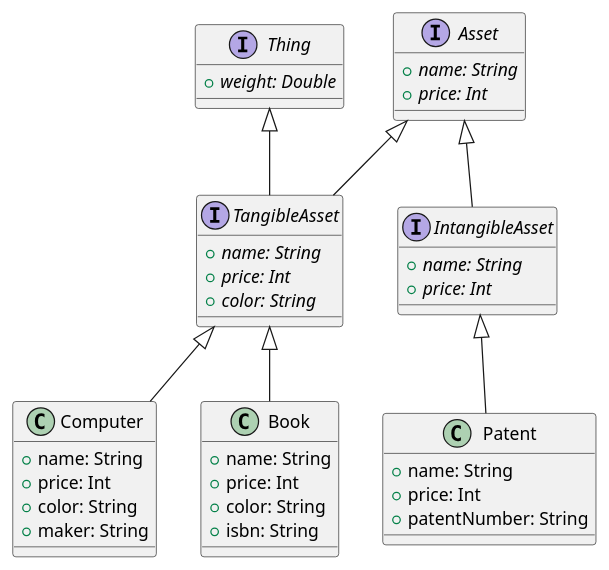
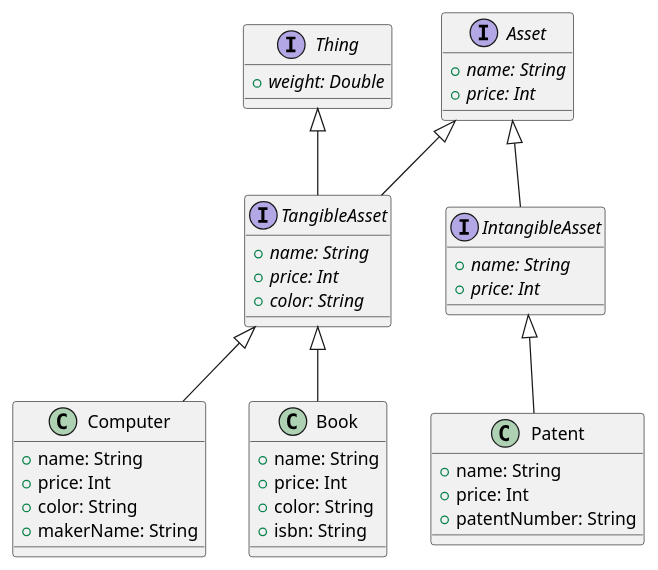
The diagram in src/main/kotlin/day07/Asset.puml (SurvivalCodingCampus/winter_kotlin_lecture), drawn with PlantUML before and after one commit.

Commit message:
fix: Asset.puml 변수 네이밍 통일

```diff
--- a/src/main/kotlin/day07/Asset.puml
+++ b/src/main/kotlin/day07/Asset.puml
@@ -1,42 +1,42 @@
 @startuml
 
 interface Asset {
     {abstract} + name: String
     {abstract} + price: Int
 }
 
 interface TangibleAsset implements Asset, Thing {
     {abstract} + name: String
     {abstract} + price: Int
     {abstract} + color: String
 }
 
 interface IntangibleAsset implements Asset {
     {abstract} + name: String
     {abstract} + price: Int
 }
 
 class Computer extends TangibleAsset {
     + name: String
     + price: Int
     + color: String
-    + maker: String
+    + makerName: String
 }
 
 class Book extends TangibleAsset {
     + name: String
     + price: Int
     + color: String
     + isbn: String
 }
 
 class Patent extends IntangibleAsset {
     + name: String
     + price: Int
     + patentNumber: String
 }
 
 interface Thing {
     {abstract} + weight: Double
 }
 @enduml
```
